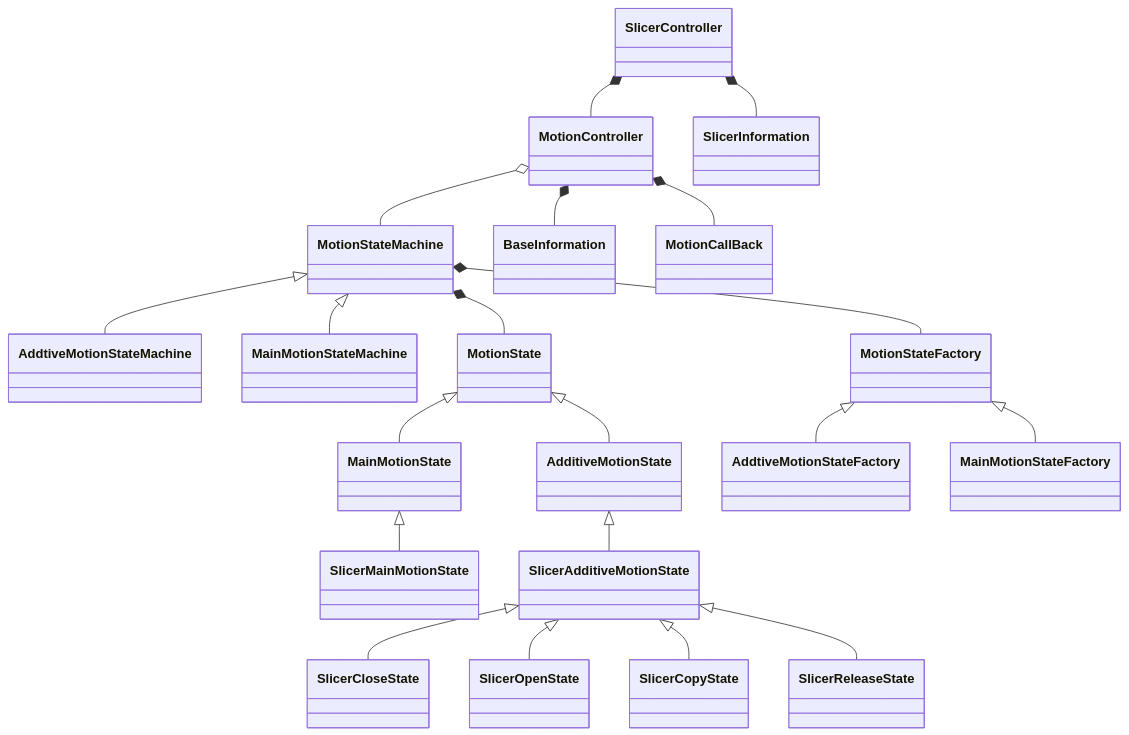
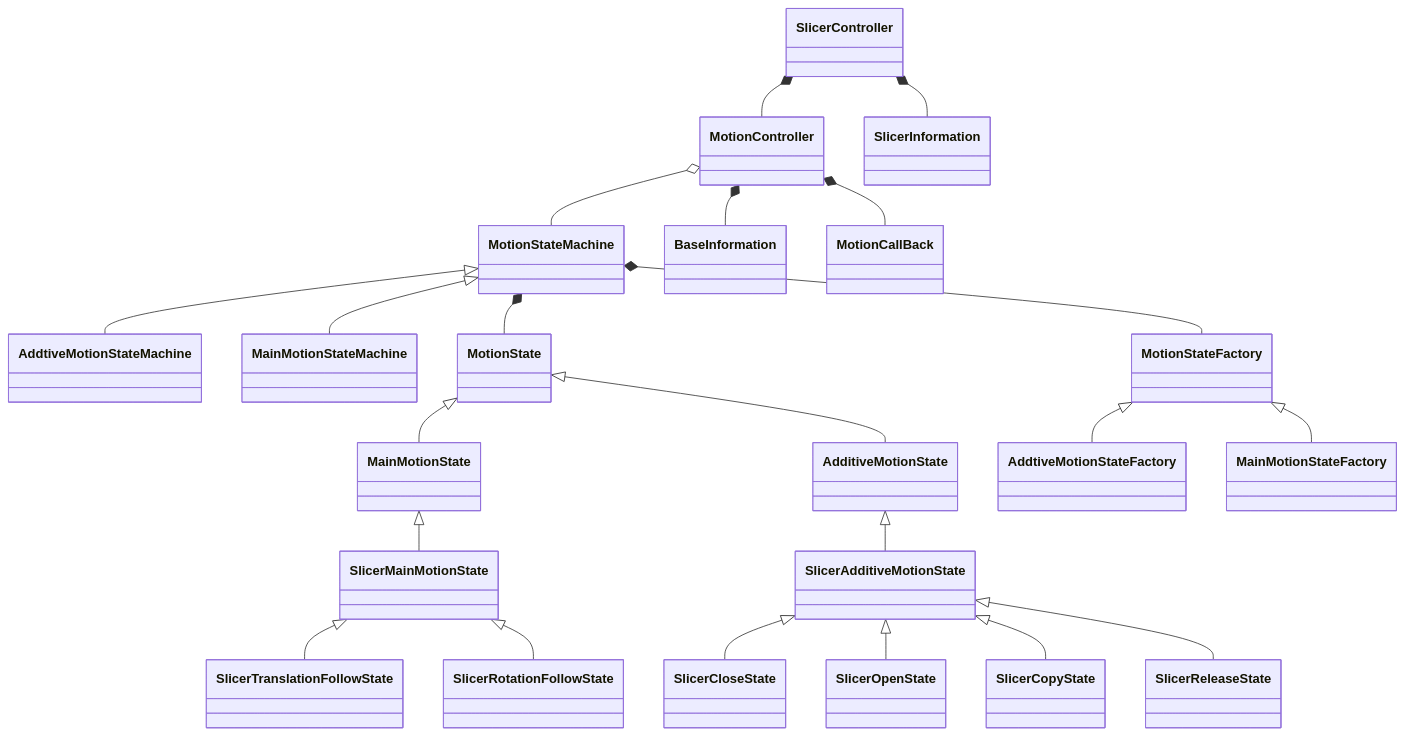
The sixth of 6 diagrams in README.md (flicker-studio/RimeEditor), drawn with Mermaid before and after one commit. The commit also changed 32 other files, not shown here.

````diff
--- a/README.md
+++ b/README.md
@@ -242,23 +242,25 @@
 ```mermaid
 classDiagram
 MotionController o-- MotionStateMachine
 SlicerController *-- SlicerInformation
 SlicerController *-- MotionController
 MotionController *-- BaseInformation
 MotionController *-- MotionCallBack
 MotionStateMachine <|-- AddtiveMotionStateMachine
 MotionStateMachine <|-- MainMotionStateMachine
 MotionStateMachine *-- MotionState
 MotionStateMachine *-- MotionStateFactory
 MotionState <|-- MainMotionState
 MotionState <|-- AdditiveMotionState
 MainMotionState <|-- SlicerMainMotionState
+SlicerMainMotionState <|-- SlicerTranslationFollowState
+SlicerMainMotionState <|-- SlicerRotationFollowState
 AdditiveMotionState <|-- SlicerAdditiveMotionState
 SlicerAdditiveMotionState <|-- SlicerCloseState
 SlicerAdditiveMotionState <|-- SlicerOpenState
 SlicerAdditiveMotionState <|-- SlicerCopyState
 SlicerAdditiveMotionState <|-- SlicerReleaseState
 MotionStateFactory <|-- AddtiveMotionStateFactory
 MotionStateFactory <|-- MainMotionStateFactory
 
 ```
````
